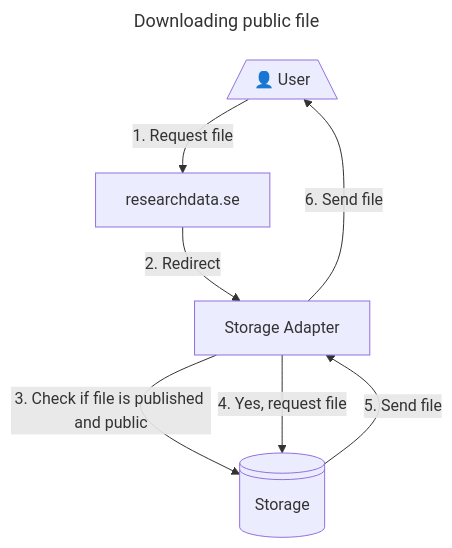
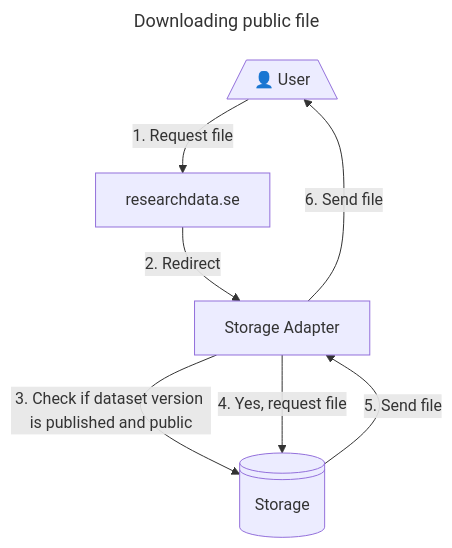
The second of 5 diagrams in README.md (snd-sweden/doris-storage-adapter), drawn with Mermaid before and after one commit. The commit also changed other lines of this file, not shown here.

Commit message:
Update README.md flow diagrams

````diff
--- a/README.md
+++ b/README.md
@@ -28,17 +28,17 @@
 ```mermaid
 ---
 title: Downloading public file
 ---
 flowchart TD
     RDUser[/"👤 User"\]
     SA[Storage Adapter]
     SAS@{ shape: lin-cyl, label: "Storage" }
     RD[researchdata.se]
 
     RDUser-->|"1. Request file"|RD
     RD-->|"2. Redirect"|SA
-    SA-->|"3. Check if file is published and public"|SAS
+    SA-->|"3. Check if dataset version is published and public"|SAS
     SA-->|"4. Yes, request file"|SAS
     SAS-->|"5. Send file"|SA
     SA-->|"6. Send file"|RDUser
 ```
````
